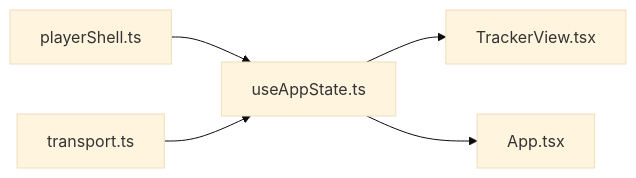
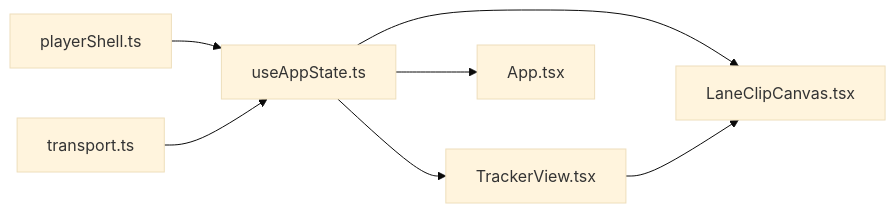
One commit to satyrlord/mixjam-electron changed diagram 11 of 11 in .qoder/repowiki/en/content/Audio Engine/Player Shell.md. Above: the diagram before and after it, drawn with Mermaid (base theme). The commit also changed other lines of this file and 5 other files, not shown here.

````diff
--- a/.qoder/repowiki/en/content/Audio Engine/Player Shell.md
+++ b/.qoder/repowiki/en/content/Audio Engine/Player Shell.md
@@ -317,7 +477,9 @@
 ```mermaid
 graph LR
 PS["playerShell.ts"] --> H["useAppState.ts"]
 T["transport.ts"] --> H
 H --> V["TrackerView.tsx"]
+H --> L["LaneClipCanvas.tsx"]
+V --> L
 H --> A["App.tsx"]
 ```
````
